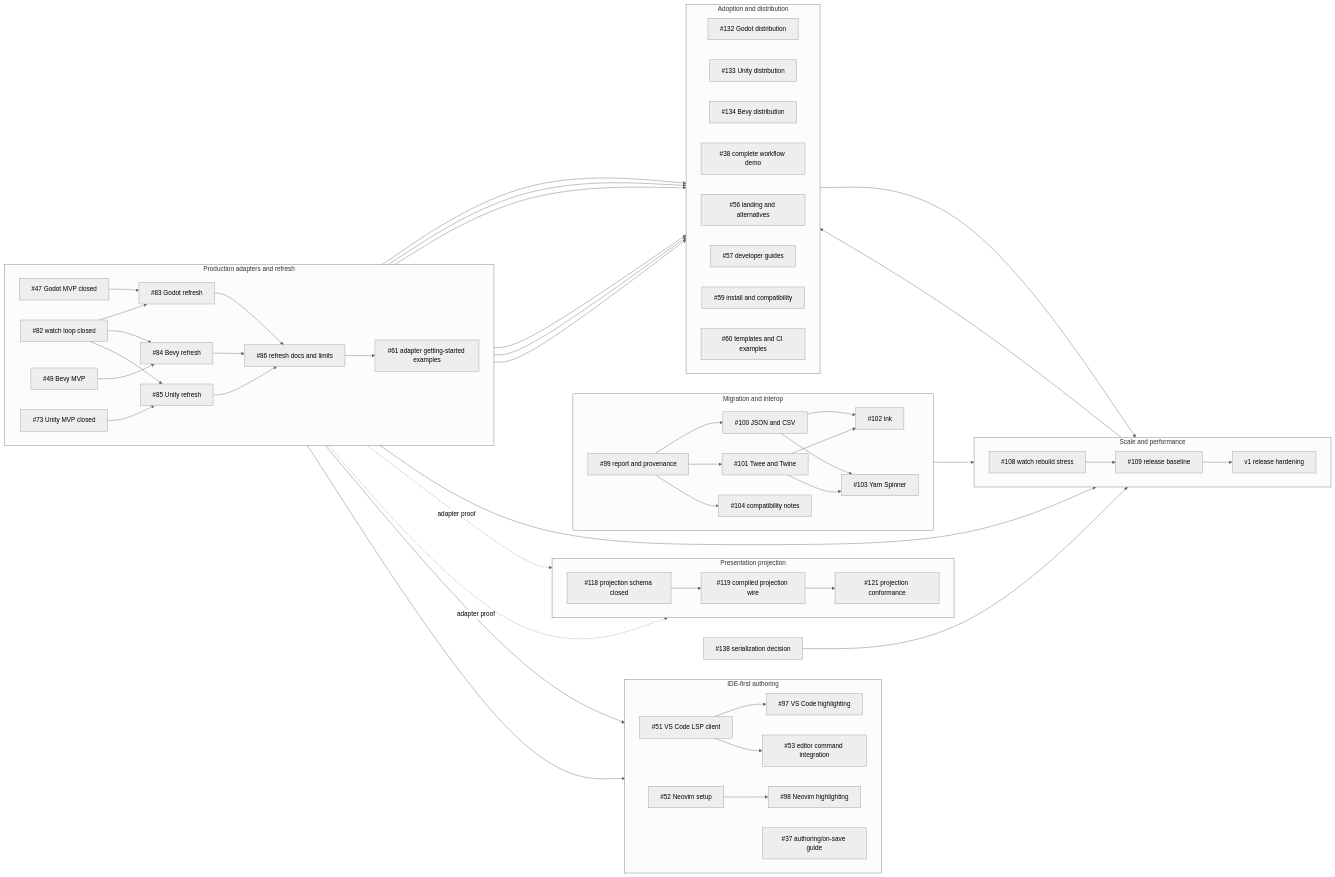
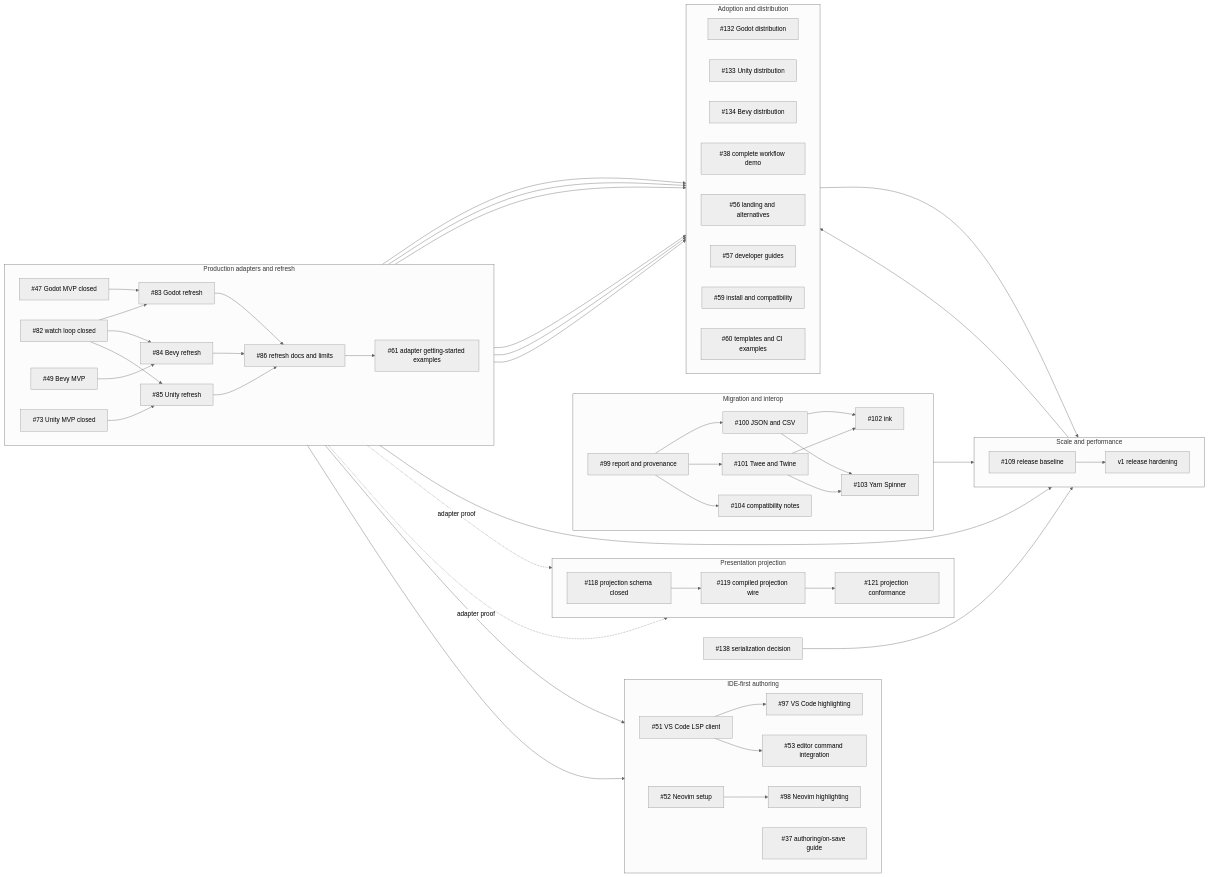
One commit to plethu/recite changed the diagram in docs/roadmap.md. Above: the diagram before and after it, drawn with Mermaid (neutral theme). The commit also changed other lines of this file, not shown here.

First line of the commit message:
[REC-108] docs(roadmap): advance release baseline

````diff
--- a/docs/roadmap.md
+++ b/docs/roadmap.md
@@ -74,75 +74,74 @@
 ```mermaid
 flowchart LR
   subgraph EDITOR["IDE-first authoring"]
     direction LR
     i51["#51 VS Code LSP client"] --> i97["#97 VS Code highlighting"]
     i51 --> i53["#53 editor command integration"]
     i52["#52 Neovim setup"] --> i98["#98 Neovim highlighting"]
     i37["#37 authoring/on-save guide"]
   end
 
   subgraph ADAPTERS["Production adapters and refresh"]
     direction LR
     i47["#47 Godot MVP closed"] --> i83["#83 Godot refresh"]
     i82["#82 watch loop closed"] --> i83
     i49["#49 Bevy MVP"] --> i84["#84 Bevy refresh"]
     i82 --> i84
     i73["#73 Unity MVP closed"] --> i85["#85 Unity refresh"]
     i82 --> i85
     i83 --> i86["#86 refresh docs and limits"]
     i84 --> i86
     i85 --> i86
     i86 --> i61["#61 adapter getting-started examples"]
   end
 
   subgraph PROJECTION["Presentation projection"]
     direction LR
     i118["#118 projection schema closed"] --> i119["#119 compiled projection wire"]
     i119 --> i121["#121 projection conformance"]
     i47 -. adapter proof .-> i119
     i49 -. adapter proof .-> i119
   end
 
   subgraph PERF["Scale and performance"]
     direction LR
-    i108p["#108 watch rebuild stress"] --> i109["#109 release baseline"]
-    i109 --> release["v1 release hardening"]
+    i109["#109 release baseline"] --> release["v1 release hardening"]
   end
 
   subgraph MIGRATION["Migration and interop"]
     direction LR
     i99["#99 report and provenance"] --> i100["#100 JSON and CSV"]
     i99 --> i101["#101 Twee and Twine"]
     i99 --> i104["#104 compatibility notes"]
     i100 --> i102["#102 ink"]
     i101 --> i102
     i100 --> i103["#103 Yarn Spinner"]
     i101 --> i103
   end
 
   subgraph ADOPTION["Adoption and distribution"]
     direction LR
     i132["#132 Godot distribution"]
     i133["#133 Unity distribution"]
     i134["#134 Bevy distribution"]
     i38["#38 complete workflow demo"]
     i56["#56 landing and alternatives"]
     i57["#57 developer guides"]
     i59["#59 install and compatibility"]
     i60["#60 templates and CI examples"]
   end
 
   i82 --> i37
   i86 --> i37
   i83 --> i132
   i85 --> i133
   i84 --> i134
   i61 --> i57
   i109 --> i56
   i82 --> i56
   i86 --> i56
   i104 --> release
   i138["#138 serialization decision"] --> release
   ADOPTION --> release
   ADAPTERS --> release
 ```
````
